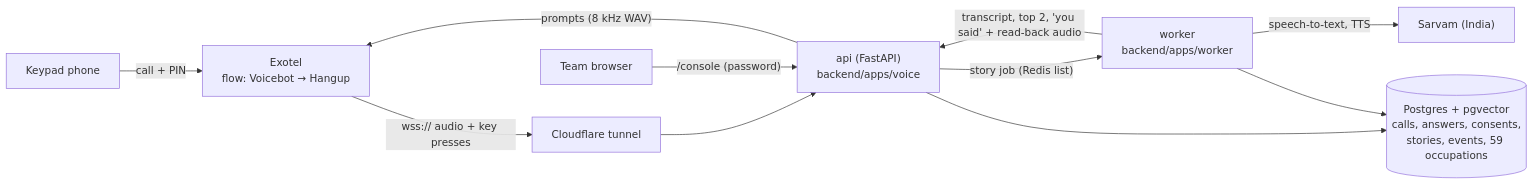
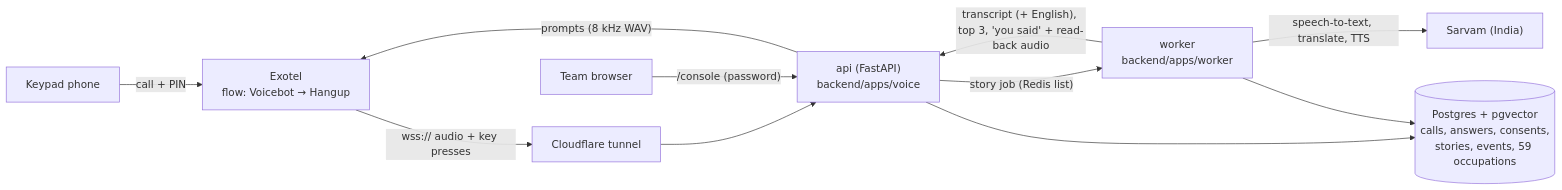
Before and after one commit to sakshamagrawalcode-cpu/hunarvaani: the first of 2 diagrams in docs/HANDOFF.md, drawn with Mermaid. The commit also changed other lines of this file and 22 other files, not shown here.

First line of the commit message:
Story: wait for Sarvam, translate to English for the search, offer the 3 closest occupations

````diff
--- a/docs/HANDOFF.md
+++ b/docs/HANDOFF.md
@@ -66,13 +66,13 @@
 ```mermaid
 flowchart LR
     Phone["Keypad phone"] -- "call + PIN" --> Exotel["Exotel<br/>flow: Voicebot → Hangup"]
     Exotel -- "wss:// audio + key presses" --> Tunnel["Cloudflare tunnel"]
     Tunnel --> API["api (FastAPI)<br/>backend/apps/voice"]
     API -- "prompts (8 kHz WAV)" --> Exotel
     API -- "story job (Redis list)" --> Worker["worker<br/>backend/apps/worker"]
-    Worker -- "speech-to-text, TTS" --> Sarvam["Sarvam (India)"]
-    Worker -- "transcript, top 2, 'you said' + read-back audio" --> API
+    Worker -- "speech-to-text, translate, TTS" --> Sarvam["Sarvam (India)"]
+    Worker -- "transcript (+ English), top 3, 'you said' + read-back audio" --> API
     API --> DB[("Postgres + pgvector<br/>calls, answers, consents,<br/>stories, events, 59 occupations")]
     Worker --> DB
     Team["Team browser"] -- "/console (password)" --> API
 ```
````
